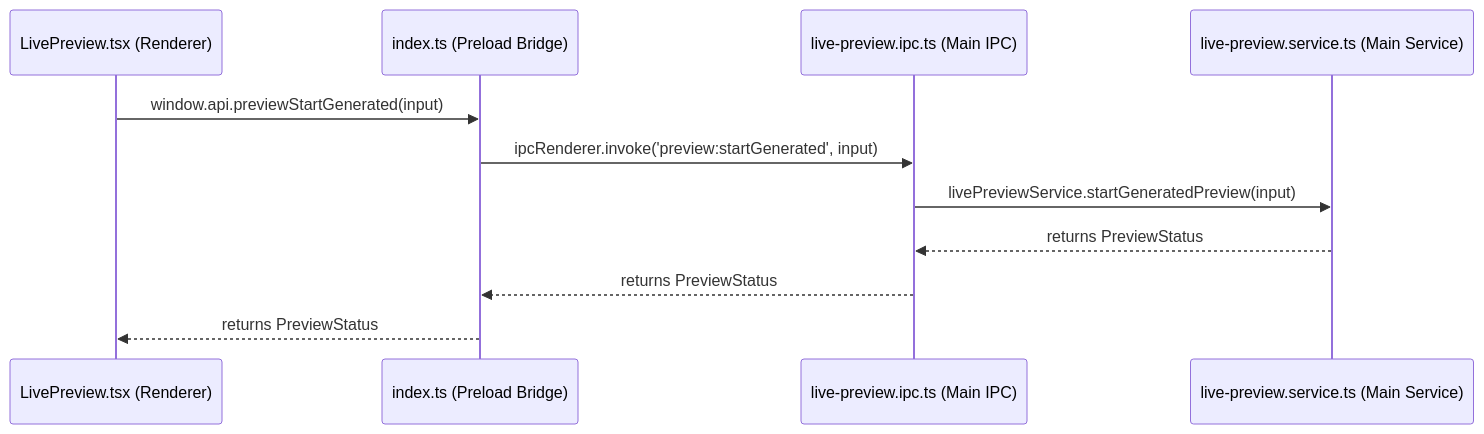
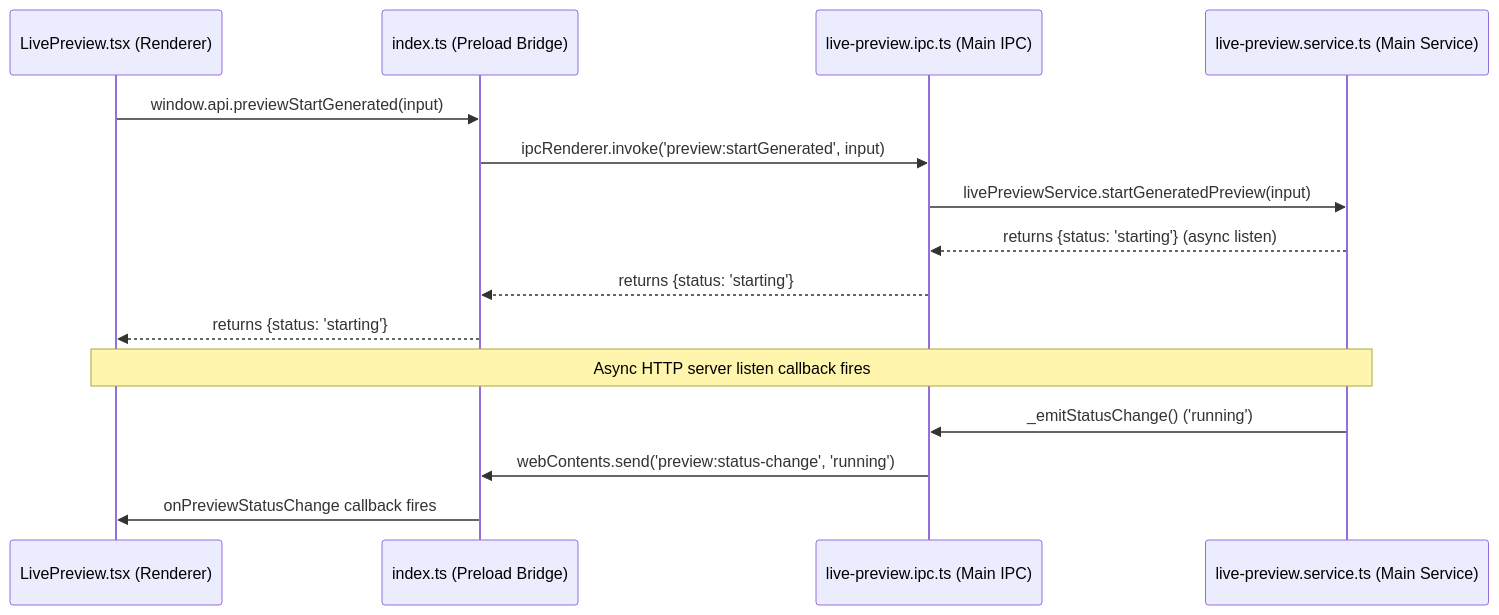
Before and after one commit to mertgoevse-wq/aureon-desk: the diagram in docs/LIVEPREVIEW_RUNTIME_AUDIT.md, drawn with Mermaid. The commit also changed other lines of this file and 10 other files, not shown here.

````diff
--- a/docs/LIVEPREVIEW_RUNTIME_AUDIT.md
+++ b/docs/LIVEPREVIEW_RUNTIME_AUDIT.md
@@ -11,14 +11,19 @@
 ```mermaid
 sequenceDiagram
     participant Renderer as LivePreview.tsx (Renderer)
     participant Preload as index.ts (Preload Bridge)
     participant MainIPC as live-preview.ipc.ts (Main IPC)
     participant Service as live-preview.service.ts (Main Service)
 
     Renderer->>Preload: window.api.previewStartGenerated(input)
     Preload->>MainIPC: ipcRenderer.invoke('preview:startGenerated', input)
     MainIPC->>Service: livePreviewService.startGeneratedPreview(input)
-    Service-->>MainIPC: returns PreviewStatus
-    MainIPC-->>Preload: returns PreviewStatus
-    Preload-->>Renderer: returns PreviewStatus
+    Service-->>MainIPC: returns {status: 'starting'} (async listen)
+    MainIPC-->>Preload: returns {status: 'starting'}
+    Preload-->>Renderer: returns {status: 'starting'}
+
+    Note over Service,Renderer: Async HTTP server listen callback fires
+    Service->>MainIPC: _emitStatusChange() ('running')
+    MainIPC->>Preload: webContents.send('preview:status-change', 'running')
+    Preload->>Renderer: onPreviewStatusChange callback fires
 ```
````
